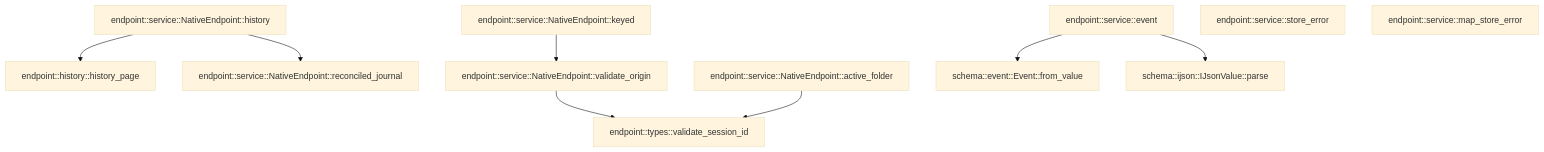
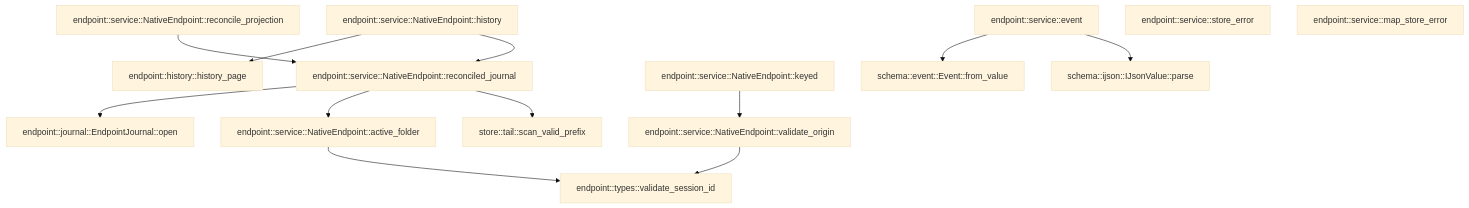
Before and after one commit to TekesApps/TekesKernel: the third of 3 diagrams in crates/endpoint/docs/generated/src--service.md, drawn with Mermaid (base theme). The commit also changed other lines of this file and 77 other files, not shown here.

Commit message:
Group session inventory by folder and support recoverable relocation (#76)

````diff
--- a/crates/endpoint/docs/generated/src--service.md
+++ b/crates/endpoint/docs/generated/src--service.md
@@ -256,22 +255,29 @@
 ```mermaid
 flowchart TD
   n0["endpoint::history::history_page"]
-  n1["endpoint::service::NativeEndpoint::reconciled_journal"]
-  n2["endpoint::service::NativeEndpoint::history"]
-  n3["endpoint::service::NativeEndpoint::keyed"]
-  n4["endpoint::service::NativeEndpoint::validate_origin"]
-  n5["endpoint::service::NativeEndpoint::active_folder"]
-  n6["endpoint::service::event"]
-  n7["endpoint::service::store_error"]
-  n8["endpoint::service::map_store_error"]
-  n9["endpoint::types::validate_session_id"]
-  n10["schema::event::Event::from_value"]
-  n11["schema::ijson::IJsonValue::parse"]
-  n2 --> n0
-  n2 --> n1
-  n3 --> n4
-  n4 --> n9
-  n5 --> n9
-  n6 --> n10
+  n1["endpoint::journal::EndpointJournal::open"]
+  n2["endpoint::service::NativeEndpoint::reconcile_projection"]
+  n3["endpoint::service::NativeEndpoint::reconciled_journal"]
+  n4["endpoint::service::NativeEndpoint::history"]
+  n5["endpoint::service::NativeEndpoint::keyed"]
+  n6["endpoint::service::NativeEndpoint::validate_origin"]
+  n7["endpoint::service::NativeEndpoint::active_folder"]
+  n8["endpoint::service::event"]
+  n9["endpoint::service::store_error"]
+  n10["endpoint::service::map_store_error"]
+  n11["endpoint::types::validate_session_id"]
+  n12["schema::event::Event::from_value"]
+  n13["schema::ijson::IJsonValue::parse"]
+  n14["store::tail::scan_valid_prefix"]
+  n2 --> n3
+  n3 --> n1
+  n3 --> n7
+  n3 --> n14
+  n4 --> n0
+  n4 --> n3
+  n5 --> n6
   n6 --> n11
+  n7 --> n11
+  n8 --> n12
+  n8 --> n13
 ```
````
